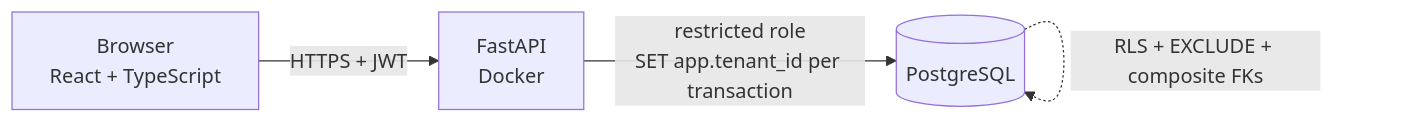
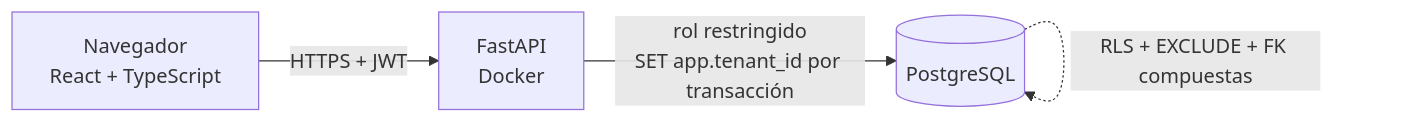
The diagram in README.md (williamfloress/rentacar_mgta), drawn with Mermaid before and after one commit. The commit also changed other lines of this file and 2 other files, not shown here.

````diff
--- a/README.md
+++ b/README.md
@@ -58,6 +61,6 @@
 ```mermaid
 flowchart LR
-    U[Browser<br/>React + TypeScript] -->|HTTPS + JWT| A[FastAPI<br/>Docker]
-    A -->|restricted role<br/>SET app.tenant_id per transaction| D[(PostgreSQL)]
-    D -.->|RLS + EXCLUDE + composite FKs| D
+    U[Navegador<br/>React + TypeScript] -->|HTTPS + JWT| A[FastAPI<br/>Docker]
+    A -->|rol restringido<br/>SET app.tenant_id por transacción| D[(PostgreSQL)]
+    D -.->|RLS + EXCLUDE + FK compuestas| D
 ```
````
